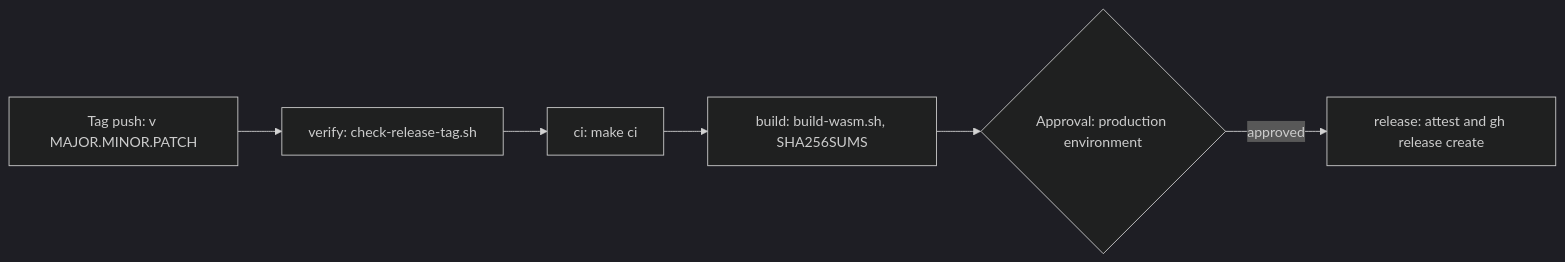
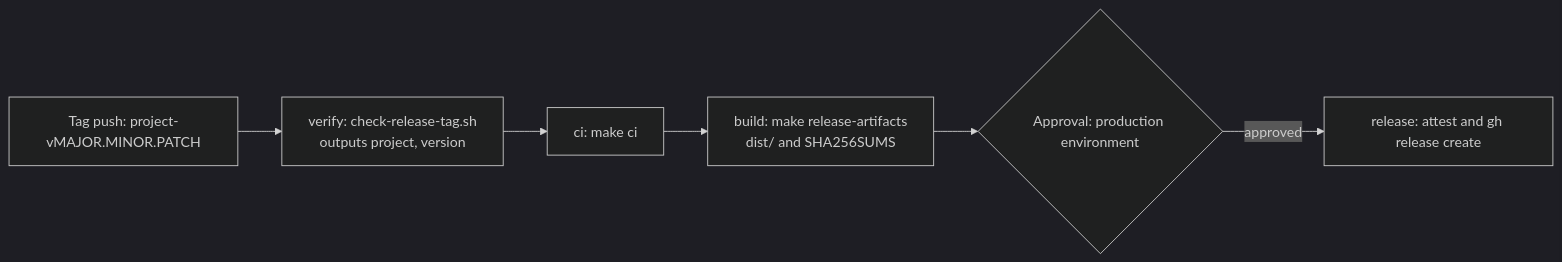
One commit to olakra/squirrel changed the fifth of 5 diagrams in docs/site/pages/diagrams.md. Above: the diagram before and after it, drawn with Mermaid (dark theme). The commit also changed other lines of this file and 59 other files, not shown here.

First line of the commit message:
ci(release): adopt per-project tags and trunk-based branching (#41)

````diff
--- a/docs/site/pages/diagrams.md
+++ b/docs/site/pages/diagrams.md
@@ -154,8 +154,8 @@
 ```mermaid
 flowchart LR
-    tag["Tag push: v MAJOR.MINOR.PATCH"] --> verify["verify: check-release-tag.sh"]
+    tag["Tag push: project-vMAJOR.MINOR.PATCH"] --> verify["verify: check-release-tag.sh<br/>outputs project, version"]
     verify --> ci["ci: make ci"]
-    ci --> build["build: build-wasm.sh, SHA256SUMS"]
+    ci --> build["build: make release-artifacts<br/>dist/ and SHA256SUMS"]
     build --> gate{"Approval: production environment"}
     gate -->|approved| release["release: attest and gh release create"]
 ```
````
